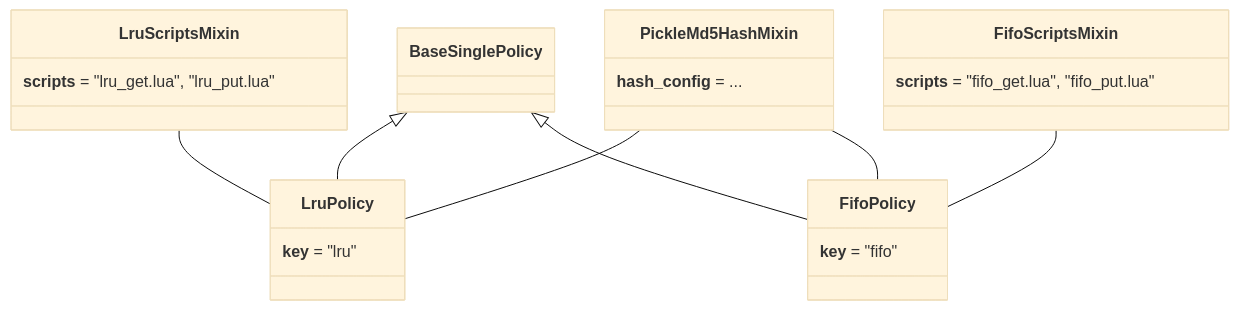
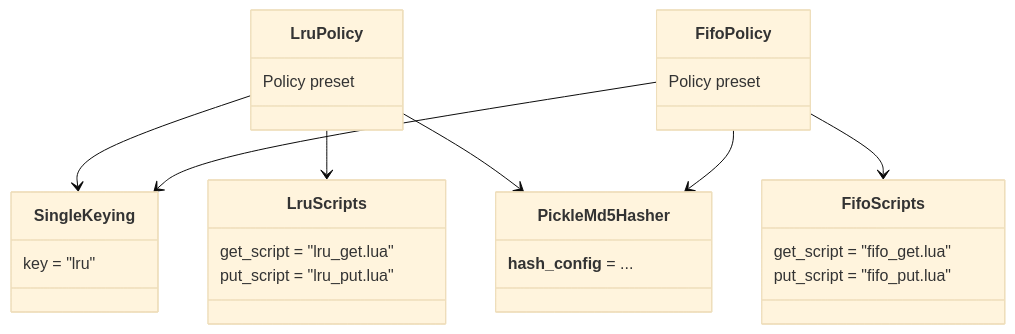
Before and after one commit to tanbro/redis_func_cache: the fourth of 7 diagrams in README.md, drawn with Mermaid (base theme). The commit also changed other lines of this file and 14 other files, not shown here.

First line of the commit message:
docs: composition architecture for v1.0

````diff
--- a/README.md
+++ b/README.md
@@ -481,30 +468,36 @@
 ```mermaid
 classDiagram
     class LruPolicy {
-        __key__ = "lru"
+        Policy preset
     }
 
-    class LruScriptsMixin {
-        __scripts__ = "lru_get.lua", "lru_put.lua"
+    class SingleKeying {
+        key = "lru"
     }
 
-    class PickleMd5HashMixin {
+    class LruScripts {
+        get_script = "lru_get.lua"
+        put_script = "lru_put.lua"
+    }
+
+    class PickleMd5Hasher {
         __hash_config__ = ...
     }
 
-    BaseSinglePolicy <|-- LruPolicy
-    LruScriptsMixin -- LruPolicy
-    PickleMd5HashMixin -- LruPolicy
+    LruPolicy --> SingleKeying
+    LruPolicy --> LruScripts
+    LruPolicy --> PickleMd5Hasher
 
     class FifoPolicy {
-        __key__ = "fifo"
+        Policy preset
     }
 
-    class FifoScriptsMixin {
-        __scripts__ = "fifo_get.lua", "fifo_put.lua"
+    class FifoScripts {
+        get_script = "fifo_get.lua"
+        put_script = "fifo_put.lua"
     }
 
-    BaseSinglePolicy <|-- FifoPolicy
-    FifoScriptsMixin -- FifoPolicy
-    PickleMd5HashMixin -- FifoPolicy
+    FifoPolicy --> SingleKeying
+    FifoPolicy --> FifoScripts
+    FifoPolicy --> PickleMd5Hasher
 ```
````
